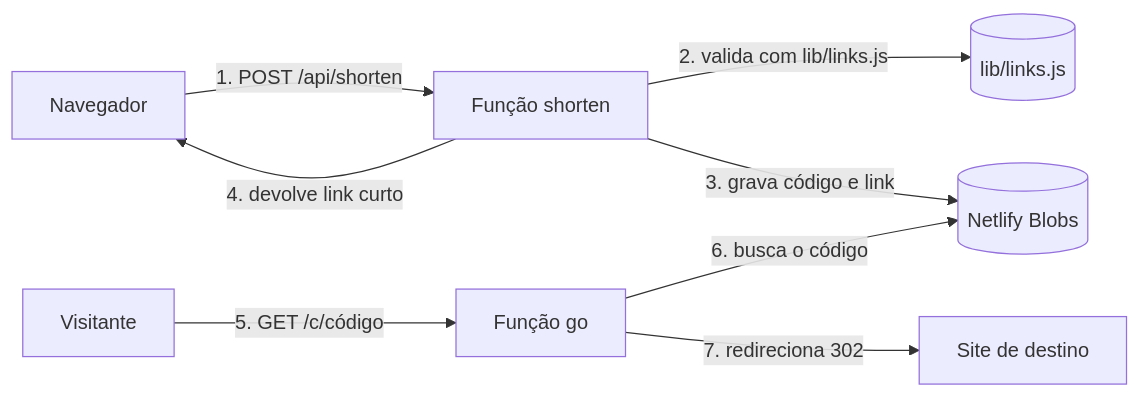
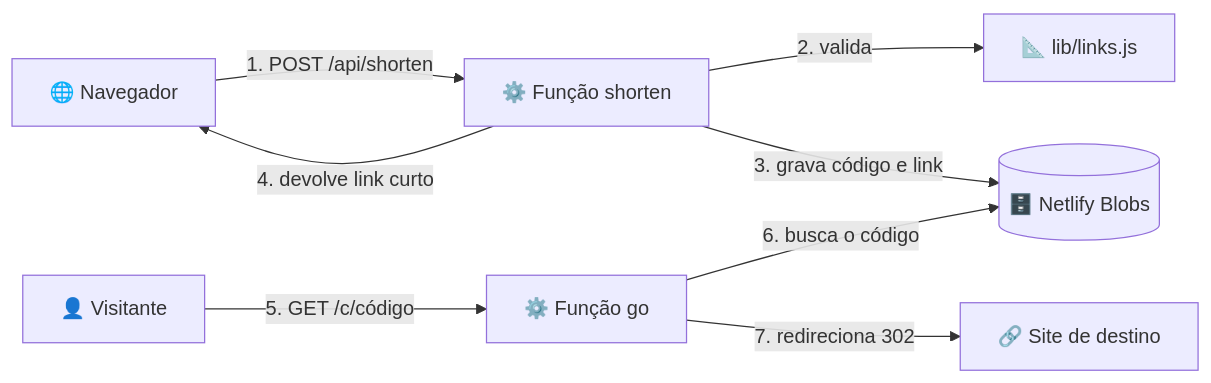
One commit to MizzieWiller/MiauLinks changed the diagram in README.md. Above: the diagram before and after it, drawn with Mermaid. The commit also changed other lines of this file, not shown here.

````diff
--- a/README.md
+++ b/README.md
@@ -98,10 +88,10 @@
 ```mermaid
 flowchart LR
-    U[Navegador] -->|1. POST /api/shorten| S[Função shorten]
-    S -->|2. valida com lib/links.js| L[(lib/links.js)]
-    S -->|3. grava código e link| B[(Netlify Blobs)]
+    U[🌐 Navegador] -->|1. POST /api/shorten| S[⚙️ Função shorten]
+    S -->|2. valida| L[📐 lib/links.js]
+    S -->|3. grava código e link| B[(🗄️ Netlify Blobs)]
     S -->|4. devolve link curto| U
-    V[Visitante] -->|5. GET /c/código| G[Função go]
+    V[👤 Visitante] -->|5. GET /c/código| G[⚙️ Função go]
     G -->|6. busca o código| B
-    G -->|7. redireciona 302| D[Site de destino]
+    G -->|7. redireciona 302| D[🔗 Site de destino]
 ```
````
